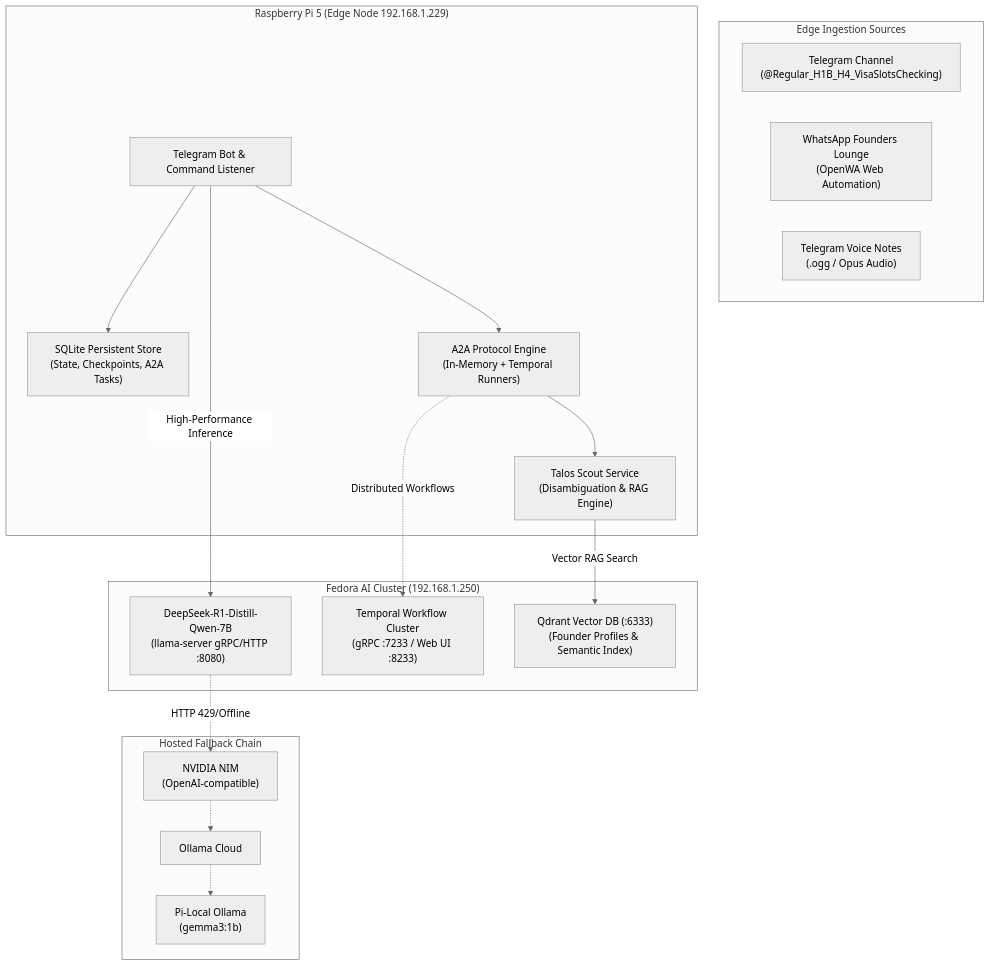
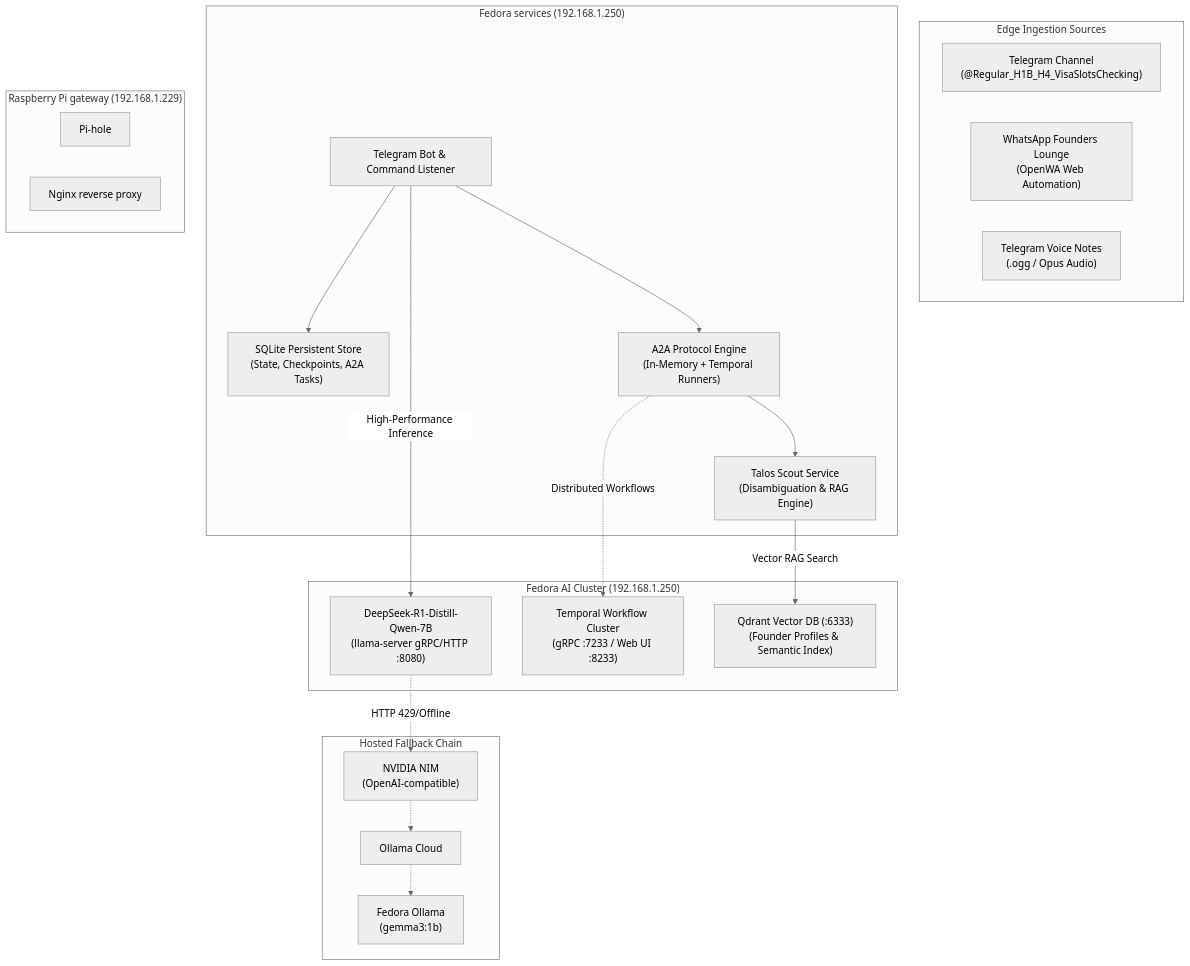
One commit to nileshchakraborty/appointment-notifier changed the diagram in README.md. Above: the diagram before and after it, drawn with Mermaid (neutral theme). The commit also changed other lines of this file and 20 other files, not shown here.

````diff
--- a/README.md
+++ b/README.md
@@ -10,39 +10,44 @@
 ```mermaid
 flowchart TD
     subgraph Ingestion["Edge Ingestion Sources"]
         TGChannel["Telegram Channel\n(@Regular_H1B_H4_VisaSlotsChecking)"]
         WALounge["WhatsApp Founders Lounge\n(OpenWA Web Automation)"]
         VoiceInput["Telegram Voice Notes\n(.ogg / Opus Audio)"]
     end
 
-    subgraph EdgeNode["Raspberry Pi 5 (Edge Node 192.168.1.229)"]
+    subgraph FedoraServices["Fedora services (192.168.1.250)"]
         Bot["Telegram Bot & Command Listener"]
         Store["SQLite Persistent Store\n(State, Checkpoints, A2A Tasks)"]
         A2A["A2A Protocol Engine\n(In-Memory + Temporal Runners)"]
         Scout["Talos Scout Service\n(Disambiguation & RAG Engine)"]
         
         Bot --> Store
         Bot --> A2A
         A2A --> Scout
+    end
+
+    subgraph PiGateway["Raspberry Pi gateway (192.168.1.229)"]
+        PiHole["Pi-hole"]
+        Nginx["Nginx reverse proxy"]
     end
 
     subgraph InferenceCluster["Fedora AI Cluster (192.168.1.250)"]
         FedoraLLM["DeepSeek-R1-Distill-Qwen-7B\n(llama-server gRPC/HTTP :8080)"]
         TemporalServer["Temporal Workflow Cluster\n(gRPC :7233 / Web UI :8233)"]
         Qdrant["Qdrant Vector DB (:6333)\n(Founder Profiles & Semantic Index)"]
         
         A2A -.->|"Distributed Workflows"| TemporalServer
         Scout -->|"Vector RAG Search"| Qdrant
         Bot -->|"High-Performance Inference"| FedoraLLM
     end
 
     subgraph Fallbacks["Hosted Fallback Chain"]
         NIM["NVIDIA NIM\n(OpenAI-compatible)"]
         OCloud["Ollama Cloud"]
-        LocalOllama["Pi-Local Ollama\n(gemma3:1b)"]
+        LocalOllama["Fedora Ollama\n(gemma3:1b)"]
         
         FedoraLLM -.->|"HTTP 429/Offline"| NIM
         NIM -.-> OCloud
         OCloud -.-> LocalOllama
     end
 ```
````
